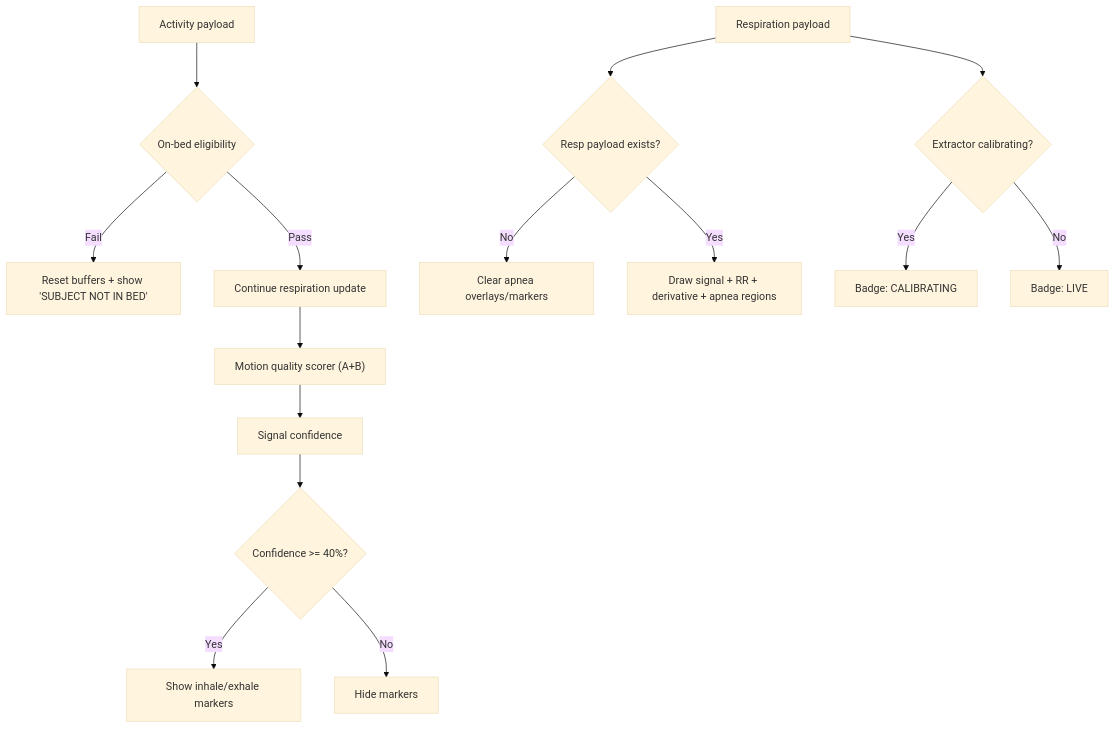
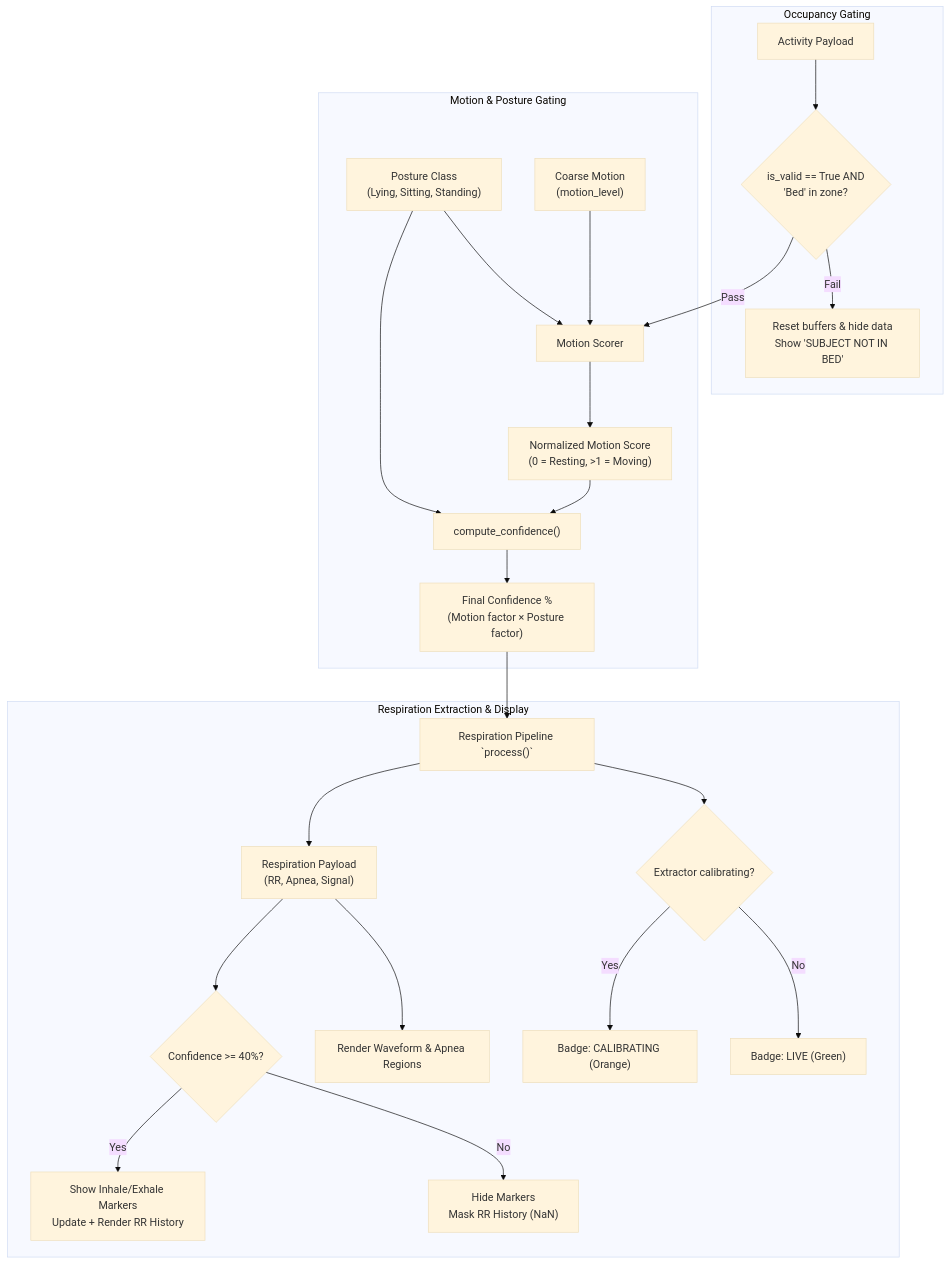
The third of 3 diagrams in docs/advisor_methods.md (walidbrahim/activity_monitoting), drawn with Mermaid (base theme) before and after one commit. The commit also changed 34 other files, not shown here.

````diff
--- a/docs/advisor_methods.md
+++ b/docs/advisor_methods.md
@@ -91,17 +91,35 @@
 ```mermaid
 flowchart TD
-    A["Activity payload"] --> G1{"On-bed eligibility"}
-    G1 -- "Fail" --> H1["Reset buffers + show 'SUBJECT NOT IN BED'"]
-    G1 -- "Pass" --> H2["Continue respiration update"]
-    H2 --> MS["Motion quality scorer (A+B)"]
-    MS --> Q["Signal confidence"]
-    Q --> G2{"Confidence >= 40%?"}
-    G2 -- "Yes" --> MK1["Show inhale/exhale markers"]
-    G2 -- "No" --> MK2["Hide markers"]
-    R["Respiration payload"] --> G3{"Resp payload exists?"}
-    G3 -- "No" --> CLR["Clear apnea overlays/markers"]
-    G3 -- "Yes" --> DRAW["Draw signal + RR + derivative + apnea regions"]
-    R --> B{"Extractor calibrating?"}
-    B -- "Yes" --> S1["Badge: CALIBRATING"]
-    B -- "No" --> S2["Badge: LIVE"]
+    subgraph Occupancy Gating
+        A["Activity Payload"] --> OCC{"is_valid == True AND\n'Bed' in zone?"}
+        OCC -- "Fail" --> RST["Reset buffers & hide data\nShow 'SUBJECT NOT IN BED'"]
+    end
+
+    subgraph Motion & Posture Gating
+        OCC -- "Pass" --> MS["Motion Scorer"]
+        CM["Coarse Motion\n(motion_level)"] --> MS
+        PL["Posture Class\n(Lying, Sitting, Standing)"] --> MS
+        
+        MS --> NS["Normalized Motion Score\n(0 = Resting, >1 = Moving)"]
+        
+        NS --> CF["compute_confidence()"]
+        PL --> CF
+        
+        CF --> CONF["Final Confidence %\n(Motion factor × Posture factor)"]
+    end
+
+    subgraph Respiration Extraction & Display
+        CONF --> RESP["Respiration Pipeline `process()`"]
+        RESP --> PAY["Respiration Payload\n(RR, Apnea, Signal)"]
+        
+        PAY --> G2{"Confidence >= 40%?"}
+        G2 -- "Yes" --> MK1["Show Inhale/Exhale Markers\nUpdate + Render RR History"]
+        G2 -- "No" --> MK2["Hide Markers\nMask RR History (NaN)"]
+        
+        PAY --> DRAW["Render Waveform & Apnea Regions"]
+        
+        RESP --> B{"Extractor calibrating?"}
+        B -- "Yes" --> S1["Badge: CALIBRATING (Orange)"]
+        B -- "No" --> S2["Badge: LIVE (Green)"]
+    end
 ```
````
